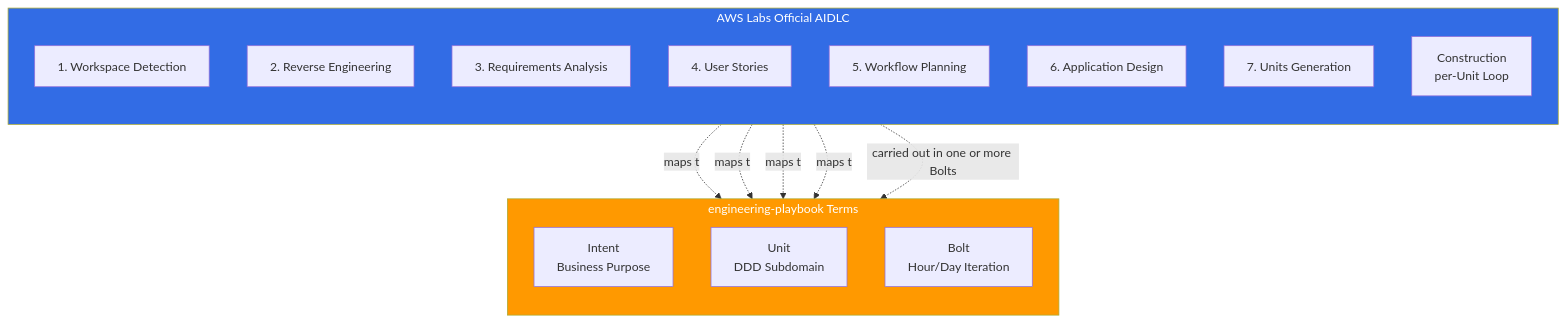
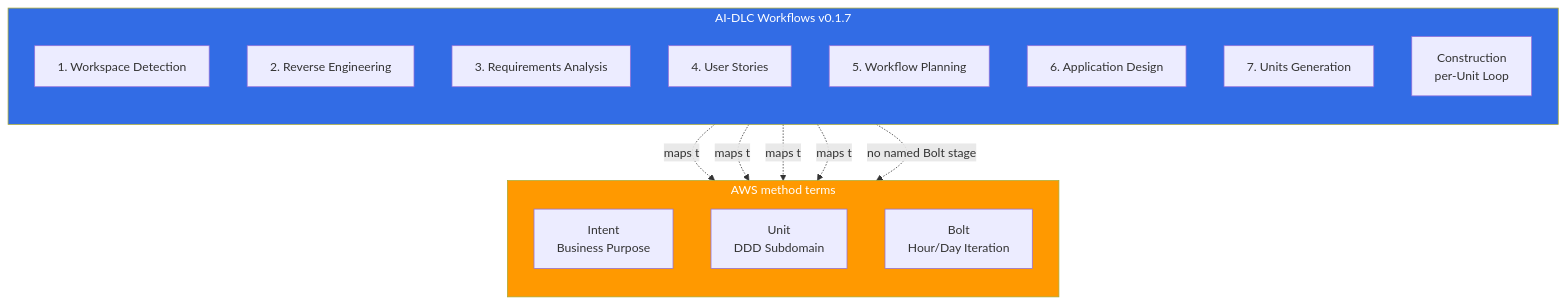
The ninth of 9 diagrams in docs/aidlc/methodology/adaptive-execution.md (devfloor9/engineering-playbook), drawn with Mermaid before and after one commit. The commit also changed other lines of this file and 123 other files, not shown here.

````diff
--- a/docs/aidlc/methodology/adaptive-execution.md
+++ b/docs/aidlc/methodology/adaptive-execution.md
@@ -445,30 +450,30 @@
 ```mermaid
 flowchart TB
-    subgraph Official["AWS Labs Official AIDLC"]
+    subgraph Official["AI-DLC Workflows v0.1.7"]
         direction TB
         I1[1. Workspace Detection]
         I2[2. Reverse Engineering]
         I3[3. Requirements Analysis]
         I4[4. User Stories]
         I5[5. Workflow Planning]
         I6[6. Application Design]
         I7[7. Units Generation]
         C[Construction<br/>per-Unit Loop]
     end
 
-    subgraph Playbook["engineering-playbook Terms"]
+    subgraph Playbook["AWS method terms"]
         direction TB
         INTENT[Intent<br/>Business Purpose]
         UNIT[Unit<br/>DDD Subdomain]
         BOLT[Bolt<br/>Hour/Day Iteration]
     end
 
     I1 -.maps to.-> INTENT
     I2 -.maps to.-> INTENT
     I3 -.maps to.-> INTENT
     I7 -.maps to.-> UNIT
-    C -.carried out in one or more Bolts.-> BOLT
+    C -.no named Bolt stage.-> BOLT
 
     style Official fill:#326ce5,color:#fff
     style Playbook fill:#ff9900,color:#fff
 ```
````
